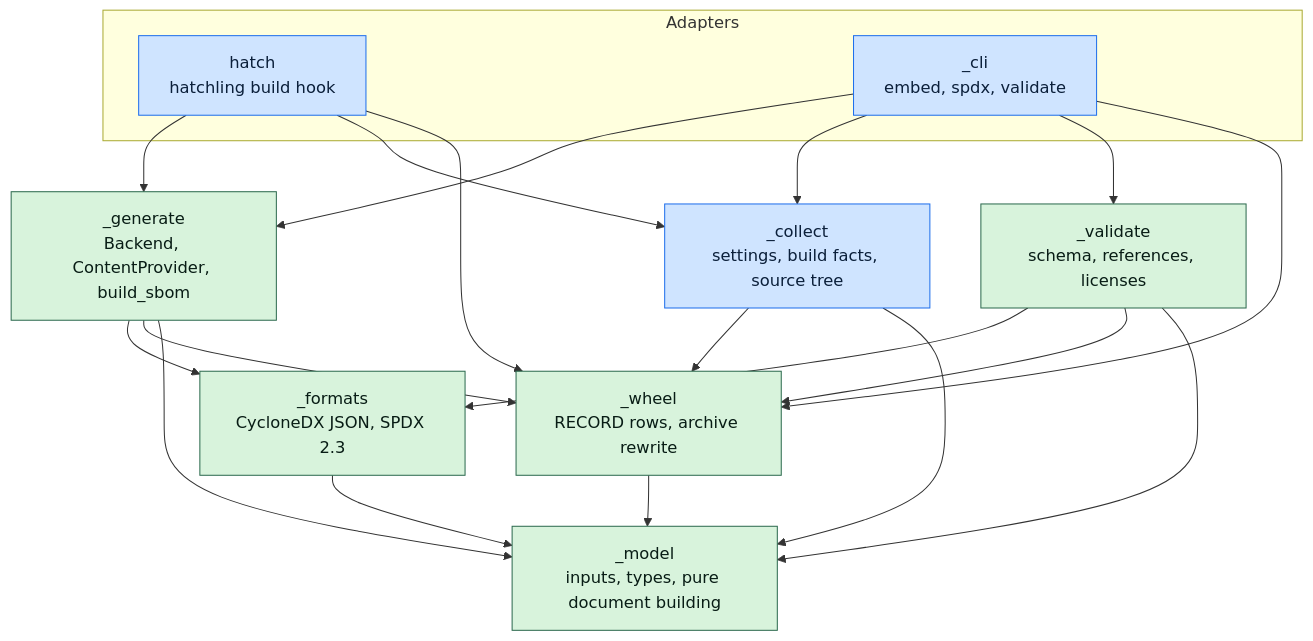
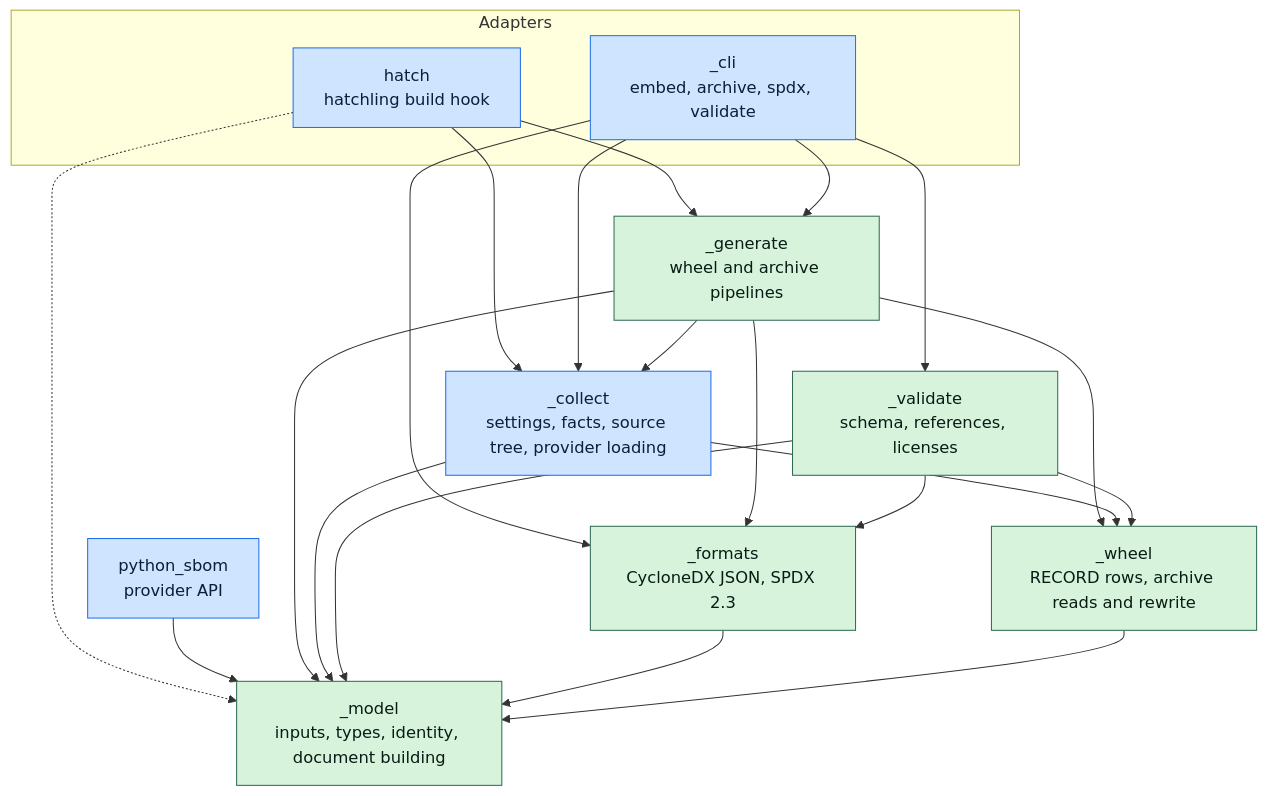
Before and after one commit to tox-dev/hatch-pep770: the diagram in docs/explanation.rst, drawn with Mermaid. The commit also changed other lines of this file and 9 other files, not shown here.

Commit message:
📝 docs: document providers and the archive command

```diff
--- a/docs/explanation.rst
+++ b/docs/explanation.rst
@@ -14,34 +14,37 @@
 .. mermaid::
 
     flowchart TB
         subgraph adapters[Adapters]
             hook[hatch<br/>hatchling build hook]
-            cli[_cli<br/>embed, spdx, validate]
+            cli[_cli<br/>embed, archive, spdx, validate]
         end
-        generate[_generate<br/>Backend, ContentProvider, build_sbom]
-        collect[_collect<br/>settings, build facts, source tree]
+        api[python_sbom<br/>provider API]
+        generate[_generate<br/>wheel and archive pipelines]
+        collect[_collect<br/>settings, facts, source tree, provider loading]
         validate[_validate<br/>schema, references, licenses]
         formats[_formats<br/>CycloneDX JSON, SPDX 2.3]
-        wheel[_wheel<br/>RECORD rows, archive rewrite]
-        model[_model<br/>inputs, types, pure document building]
+        wheel[_wheel<br/>RECORD rows, archive reads and rewrite]
+        model[_model<br/>inputs, types, identity, document building]
         hook --> generate
         hook --> collect
-        hook --> wheel
+        hook -.-> model
         cli --> generate
         cli --> collect
         cli --> validate
-        cli --> wheel
+        cli --> formats
+        api --> model
+        generate --> collect
         generate --> formats
         generate --> wheel
         generate --> model
         collect --> wheel
         collect --> model
         validate --> formats
         validate --> wheel
         validate --> model
         formats --> model
         wheel --> model
         classDef edge fill:#cfe4ff,stroke:#1f6feb,color:#0b1f3a;
         classDef core fill:#d8f3dc,stroke:#2d6a4f,color:#081c15;
-        class hook,cli,collect edge;
+        class hook,cli,collect,api edge;
         class generate,validate,formats,wheel,model core;
```
